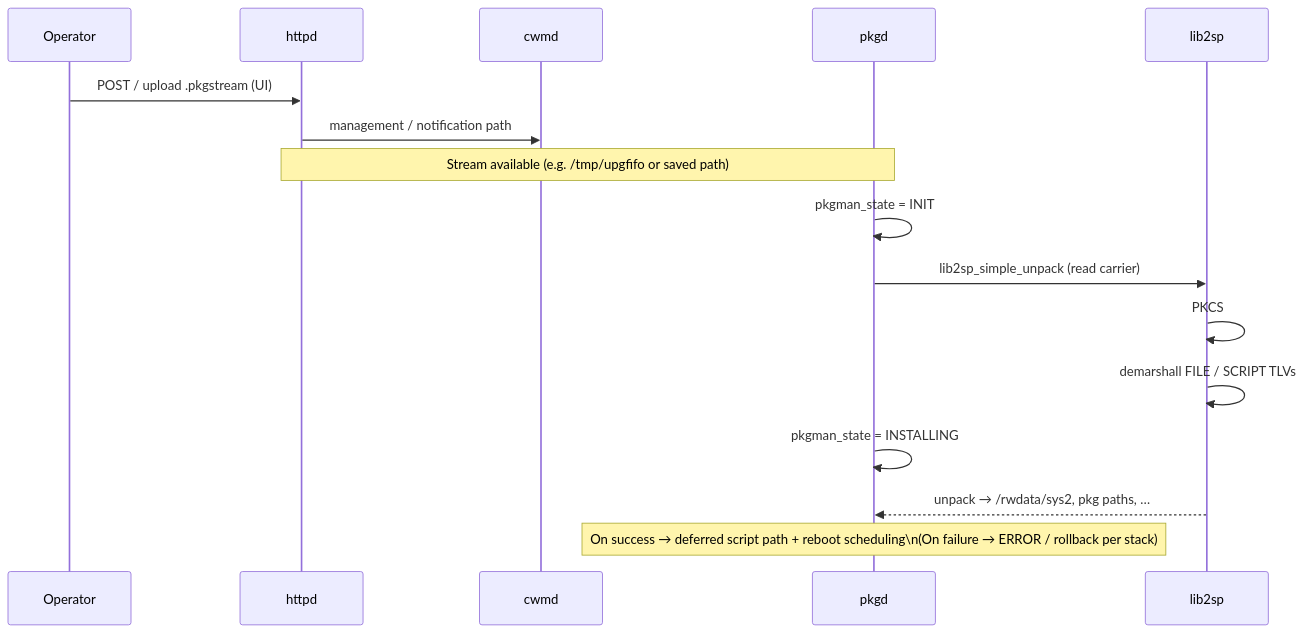
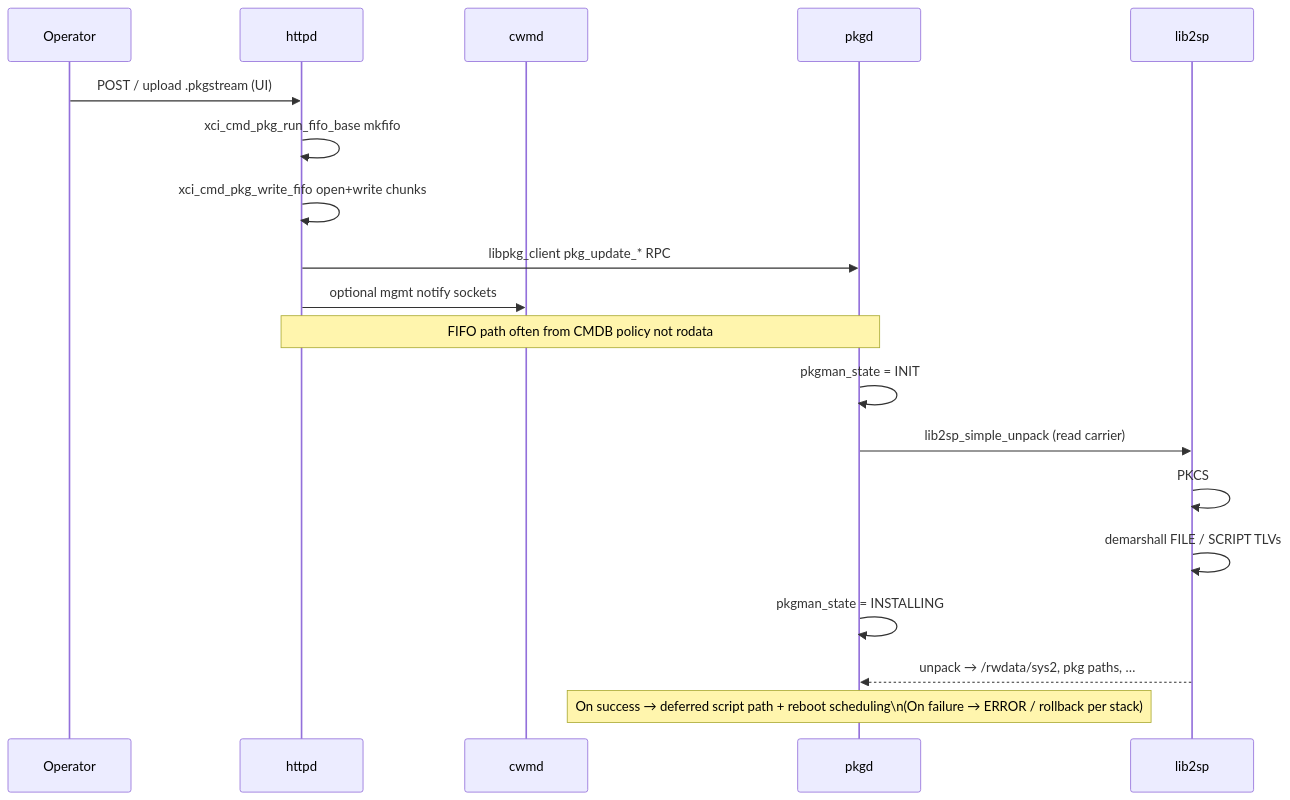
One commit to b1tninja/5268ac changed the second of 5 diagrams in reference/firmware_upgrade_process.md. Above: the diagram before and after it, drawn with Mermaid. The commit also changed other lines of this file and 55 other files, not shown here.

Commit message:
Add comprehensive documentation for ACS lab client (`acspy`), board parameters, boot environment, and security implications of CMDB. Includes installation instructions, command usage, and architectural details for various components related to the 5268AC platform.

````diff
--- a/reference/firmware_upgrade_process.md
+++ b/reference/firmware_upgrade_process.md
@@ -85,19 +105,22 @@
 ```mermaid
 sequenceDiagram
   participant Op as Operator
   participant H as httpd
   participant C as cwmd
   participant P as pkgd
   participant L2 as lib2sp
 
   Op->>H: POST / upload .pkgstream (UI)
-  H->>C: management / notification path
-  Note over H,P: Stream available (e.g. /tmp/upgfifo or saved path)
+  H->>H: xci_cmd_pkg_run_fifo_base mkfifo
+  H->>H: xci_cmd_pkg_write_fifo open+write chunks
+  H->>P: libpkg_client pkg_update_* RPC
+  H->>C: optional mgmt notify sockets
+  Note over H,P: FIFO path often from CMDB policy not rodata
   P->>P: pkgman_state = INIT
   P->>L2: lib2sp_simple_unpack (read carrier)
   L2->>L2: PKCS#7 + policy (trust_engcert, CN pin)
   L2->>L2: demarshall FILE / SCRIPT TLVs
   P->>P: pkgman_state = INSTALLING
   L2-->>P: unpack → /rwdata/sys2, pkg paths, …
   Note over P: On success → deferred script path + reboot scheduling\n(On failure → ERROR / rollback per stack)
 ```
````
